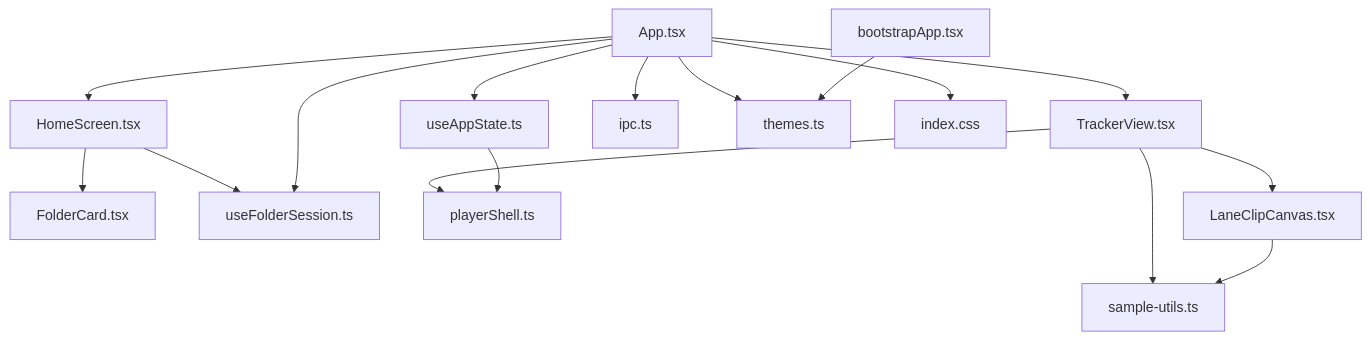
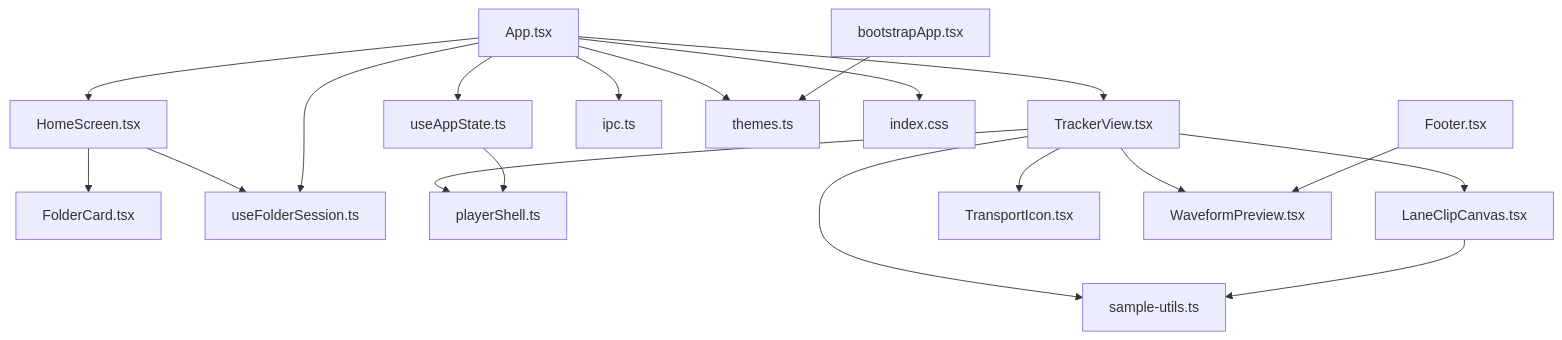
Before and after one commit to satyrlord/mixjam-electron: the eighth of 8 diagrams in .qoder/repowiki/en/content/Core Components/UI Components.md, drawn with Mermaid. The commit also changed other lines of this file and 37 other files, not shown here.

First line of the commit message:
feat(footer): add waveform preview for selected samples

````diff
--- a/.qoder/repowiki/en/content/Core Components/UI Components.md
+++ b/.qoder/repowiki/en/content/Core Components/UI Components.md
@@ -511,18 +628,21 @@
 ```mermaid
 graph TB
 Home["HomeScreen.tsx"] --> FolderCard["FolderCard.tsx"]
 Home --> FS["useFolderSession.ts"]
 App["App.tsx"] --> Home
 App --> Tracker["TrackerView.tsx"]
 App --> FS
 App --> AS["useAppState.ts"]
 Tracker --> PS["playerShell.ts"]
 Tracker --> LCC["LaneClipCanvas.tsx"]
 Tracker --> SU["sample-utils.ts"]
+Tracker --> WI["TransportIcon.tsx"]
+Tracker --> WP["WaveformPreview.tsx"]
 LCC --> SU
 AS --> PS
 App --> IPC["ipc.ts"]
 App --> Theme["themes.ts"]
 App --> Styles["index.css"]
 Bootstrap["bootstrapApp.tsx"] --> Theme
+Footer["Footer.tsx"] --> WP
 ```
````
